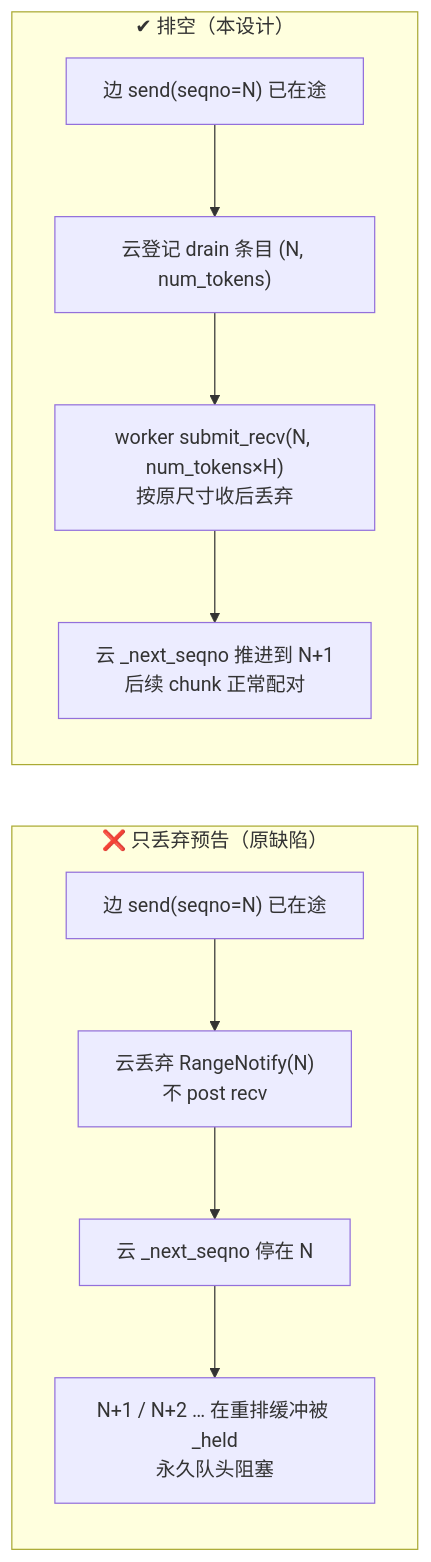
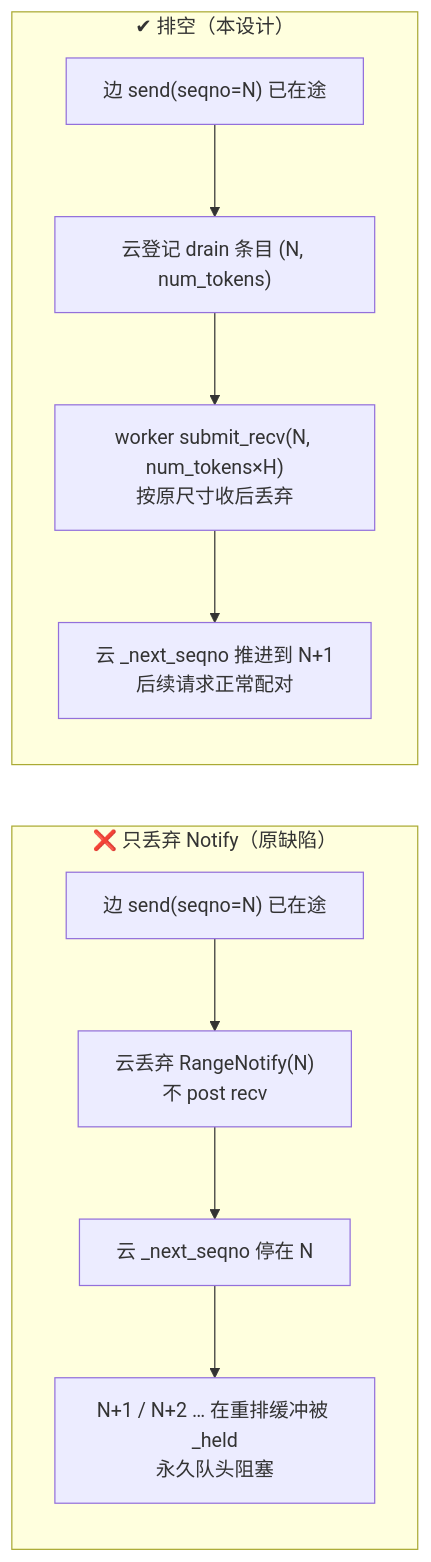
The second of 4 diagrams in vllm/请求abort-流程图.md (fei-cn-xie/assets), drawn with Mermaid before and after one commit. The commit also changed other lines of this file and 3 other files, not shown here.

````diff
--- a/vllm/请求abort-流程图.md
+++ b/vllm/请求abort-流程图.md
@@ -90,16 +92,16 @@
 ```mermaid
 flowchart LR
-    subgraph BAD["❌ 只丢弃预告（原缺陷）"]
+    subgraph BAD["❌ 只丢弃 Notify（原缺陷）"]
         direction TB
         A1["边 send(seqno=N) 已在途"] --> A2["云丢弃 RangeNotify(N)<br/>不 post recv"]
         A2 --> A3["云 _next_seqno 停在 N"]
         A3 --> A4["N+1 / N+2 … 在重排缓冲被 _held<br/>永久队头阻塞"]
     end
 
     subgraph GOOD["✔ 排空（本设计）"]
         direction TB
         B1["边 send(seqno=N) 已在途"] --> B2["云登记 drain 条目 (N, num_tokens)"]
         B2 --> B3["worker submit_recv(N, num_tokens×H)<br/>按原尺寸收后丢弃"]
-        B3 --> B4["云 _next_seqno 推进到 N+1<br/>后续 chunk 正常配对"]
+        B3 --> B4["云 _next_seqno 推进到 N+1<br/>后续请求正常配对"]
     end
 ```
````
